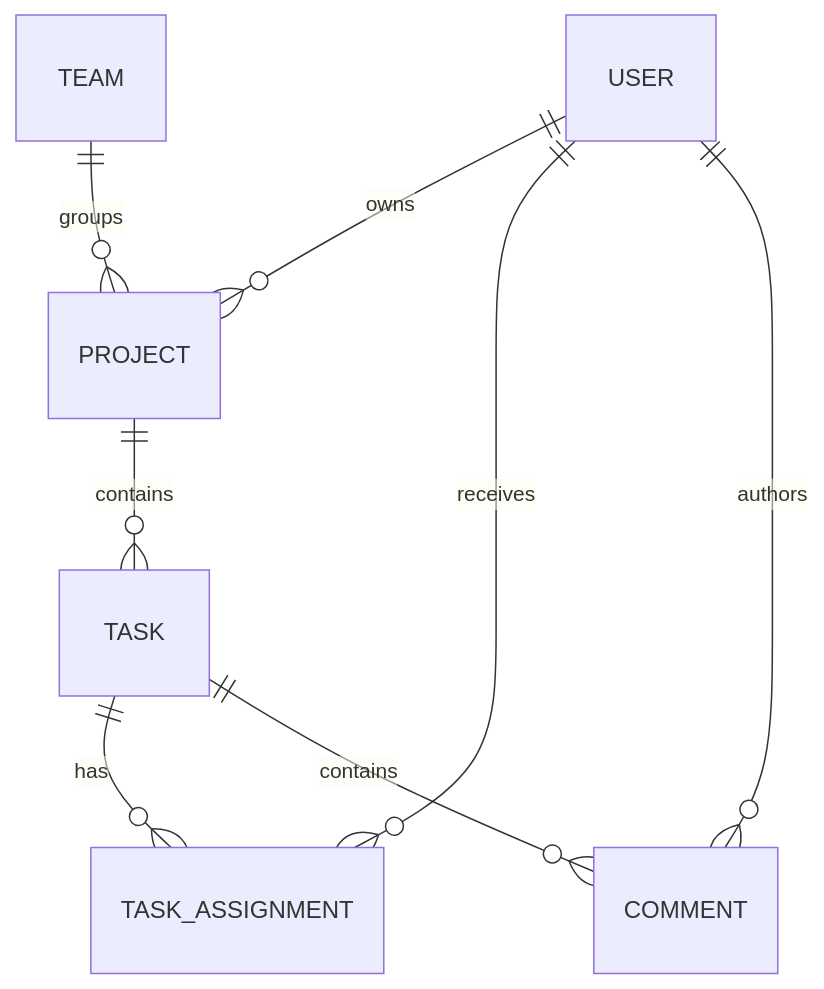
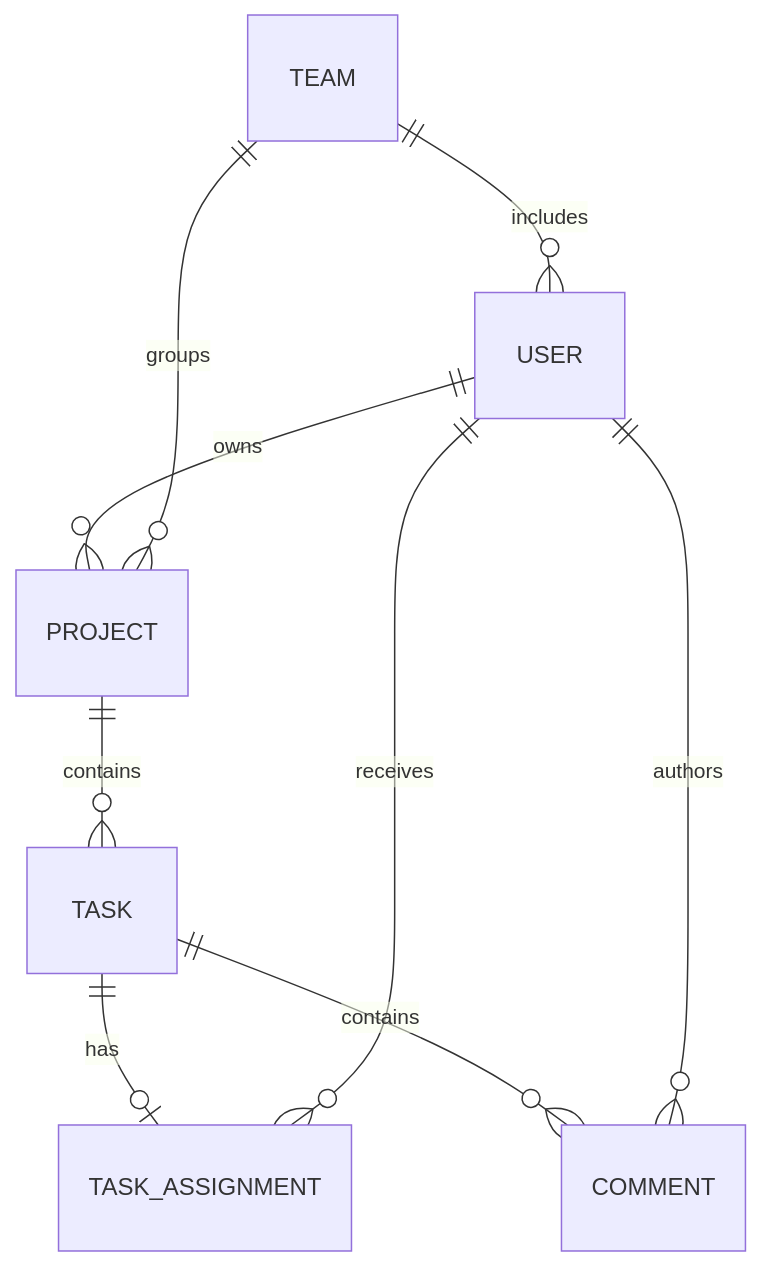
One commit to WikiCoding/matriz-ai_powered_engineering_course changed the diagram in docs/database.md. Above: the diagram before and after it, drawn with Mermaid. The commit also changed other lines of this file and 7 other files, not shown here.

````diff
--- a/docs/database.md
+++ b/docs/database.md
@@ -16,10 +18,11 @@
 ```mermaid
 erDiagram
   USER ||--o{ PROJECT : owns
+  TEAM ||--o{ USER : includes
   TEAM ||--o{ PROJECT : groups
   PROJECT ||--o{ TASK : contains
-  TASK ||--o{ TASK_ASSIGNMENT : has
+  TASK ||--o| TASK_ASSIGNMENT : has
   USER ||--o{ TASK_ASSIGNMENT : receives
   TASK ||--o{ COMMENT : contains
   USER ||--o{ COMMENT : authors
 ```
````
